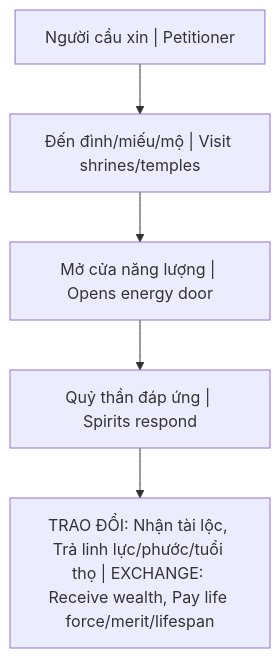
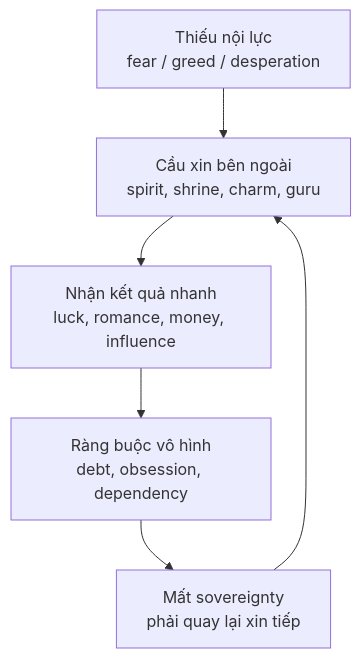
The diagram in esoterica/Quy Luật Trao Đổi Tâm Linh.md (dyukahi/knowledge), drawn with Mermaid before and after one commit. The commit also changed other lines of this file and 6 other files, not shown here.

````diff
--- a/esoterica/Quy Luật Trao Đổi Tâm Linh.md
+++ b/esoterica/Quy Luật Trao Đổi Tâm Linh.md
@@ -32,10 +48,10 @@
 ```mermaid
 flowchart TD
-    A["Người cầu xin | Petitioner"]
-    B["Đến đình/miếu/mộ | Visit shrines/temples"]
-    C["Mở cửa năng lượng | Opens energy door"]
-    D["Quỷ thần đáp ứng | Spirits respond"]
-    E["TRAO ĐỔI: Nhận tài lộc, Trả linh lực/phước/tuổi thọ | EXCHANGE: Receive wealth, Pay life force/merit/lifespan"]
-    
-    A --> B --> C --> D --> E
+    A["Thiếu nội lực<br/>fear / greed / desperation"]
+    B["Cầu xin bên ngoài<br/>spirit, shrine, charm, guru"]
+    C["Nhận kết quả nhanh<br/>luck, romance, money, influence"]
+    D["Ràng buộc vô hình<br/>debt, obsession, dependency"]
+    E["Mất sovereignty<br/>phải quay lại xin tiếp"]
+
+    A --> B --> C --> D --> E --> B
 ```
````
